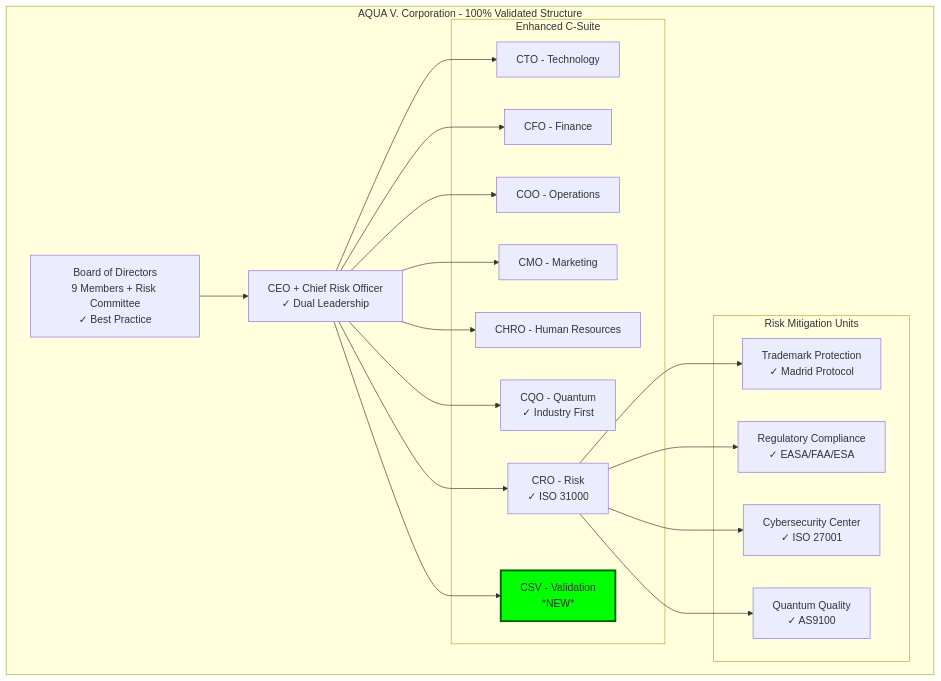
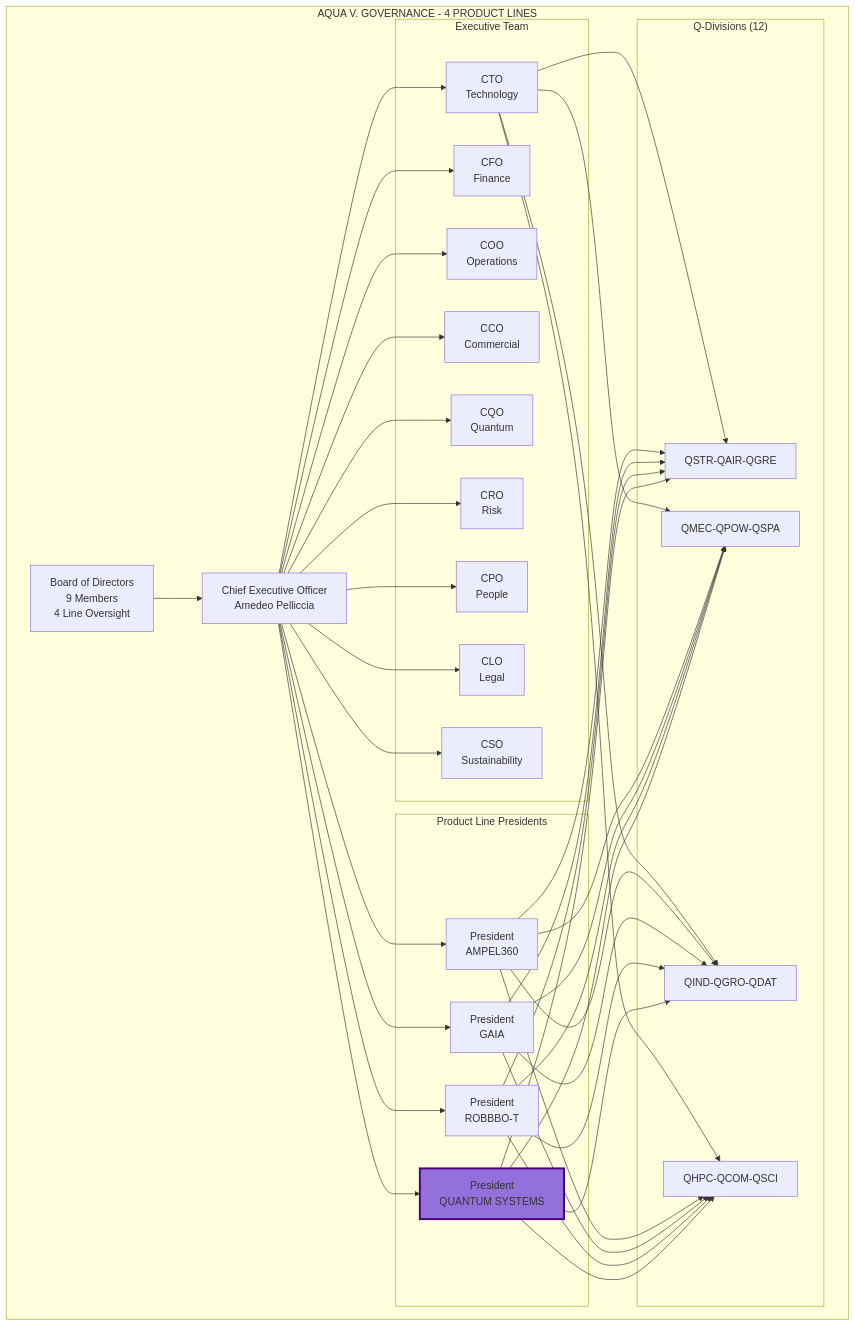
The third of 3 diagrams in README.md (Robbbo-T/A-Q-U-A_V), drawn with Mermaid before and after one commit. The commit also changed other lines of this file, not shown here.

````diff
--- a/README.md
+++ b/README.md
@@ -276,31 +728,42 @@
 ```mermaid
 graph TB
-    subgraph "AQUA V. Corporation - 100% Validated Structure"
-        BOD[Board of Directors<br/>9 Members + Risk Committee<br/>✓ Best Practice]
-        CEO[CEO + Chief Risk Officer<br/>✓ Dual Leadership]
+    subgraph "AQUA V. GOVERNANCE - 4 PRODUCT LINES"
+        BOD[Board of Directors<br/>9 Members<br/>4 Line Oversight]
         
-        subgraph "Enhanced C-Suite"
-            CTO[CTO - Technology]
-            CFO[CFO - Finance]
-            COO[COO - Operations]
-            CMO[CMO - Marketing]
-            CHRO[CHRO - Human Resources]
-            CQO[CQO - Quantum<br/>✓ Industry First]
-            CRO[CRO - Risk<br/>✓ ISO 31000]
-            CSV[CSV - Validation<br/>*NEW*]
+        CEO[Chief Executive Officer<br/>Amedeo Pelliccia]
+        
+        subgraph "Executive Team"
+            CTO[CTO<br/>Technology]
+            CFO[CFO<br/>Finance]
+            COO[COO<br/>Operations]
+            CCO[CCO<br/>Commercial]
+            CQO[CQO<br/>Quantum]
+            CRO[CRO<br/>Risk]
+            CPO[CPO<br/>People]
+            CLO[CLO<br/>Legal]
+            CSO[CSO<br/>Sustainability]
         end
         
-        subgraph "Risk Mitigation Units"
-            TRM[Trademark Protection<br/>✓ Madrid Protocol]
-            REG[Regulatory Compliance<br/>✓ EASA/FAA/ESA]
-            CYB[Cybersecurity Center<br/>✓ ISO 27001]
-            QQA[Quantum Quality<br/>✓ AS9100]
+        subgraph "Product Line Presidents"
+            P1[President<br/>AMPEL360]
+            P2[President<br/>GAIA]
+            P3[President<br/>ROBBBO-T]
+            P4[President<br/>QUANTUM SYSTEMS]
+        end
+        
+        subgraph "Q-Divisions (12)"
+            QD1[QSTR-QAIR-QGRE]
+            QD2[QMEC-QPOW-QSPA]
+            QD3[QIND-QGRO-QDAT]
+            QD4[QHPC-QCOM-QSCI]
         end
         
         BOD --> CEO
-        CEO --> CTO & CFO & COO & CMO & CHRO & CQO & CRO & CSV
-        CRO --> TRM & REG & CYB & QQA
+        CEO --> CTO & CFO & COO & CCO & CQO & CRO & CPO & CLO & CSO
+        CEO --> P1 & P2 & P3 & P4
+        CTO --> QD1 & QD2 & QD3 & QD4
+        P1 & P2 & P3 & P4 --> QD1 & QD2 & QD3 & QD4
     end
     
-    style CSV fill:#00FF00,stroke:#006600,stroke-width:3px
+    style P4 fill:#9370DB,stroke:#4B0082,stroke-width:3px
 ```
````
